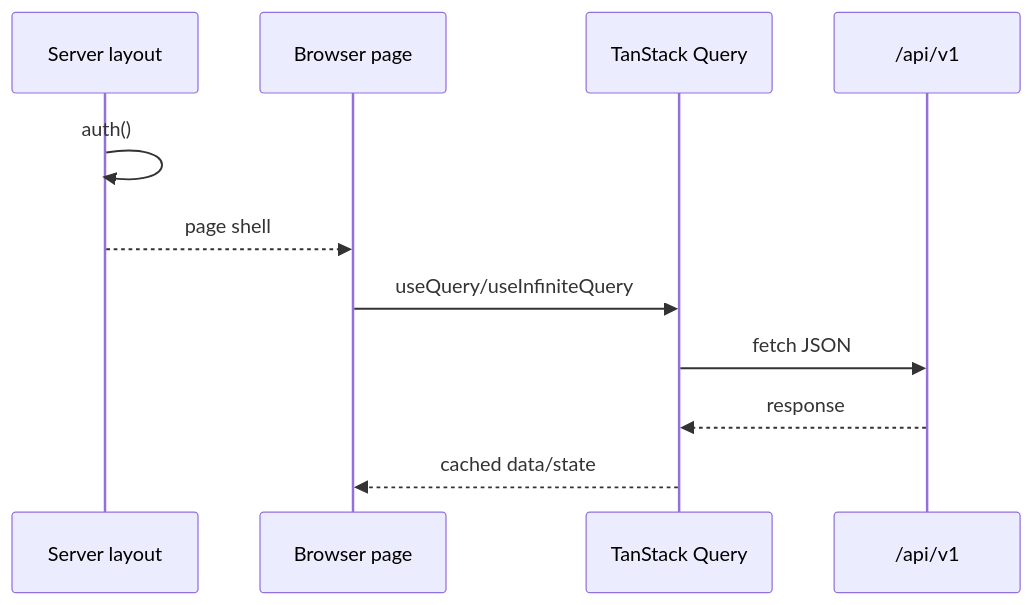
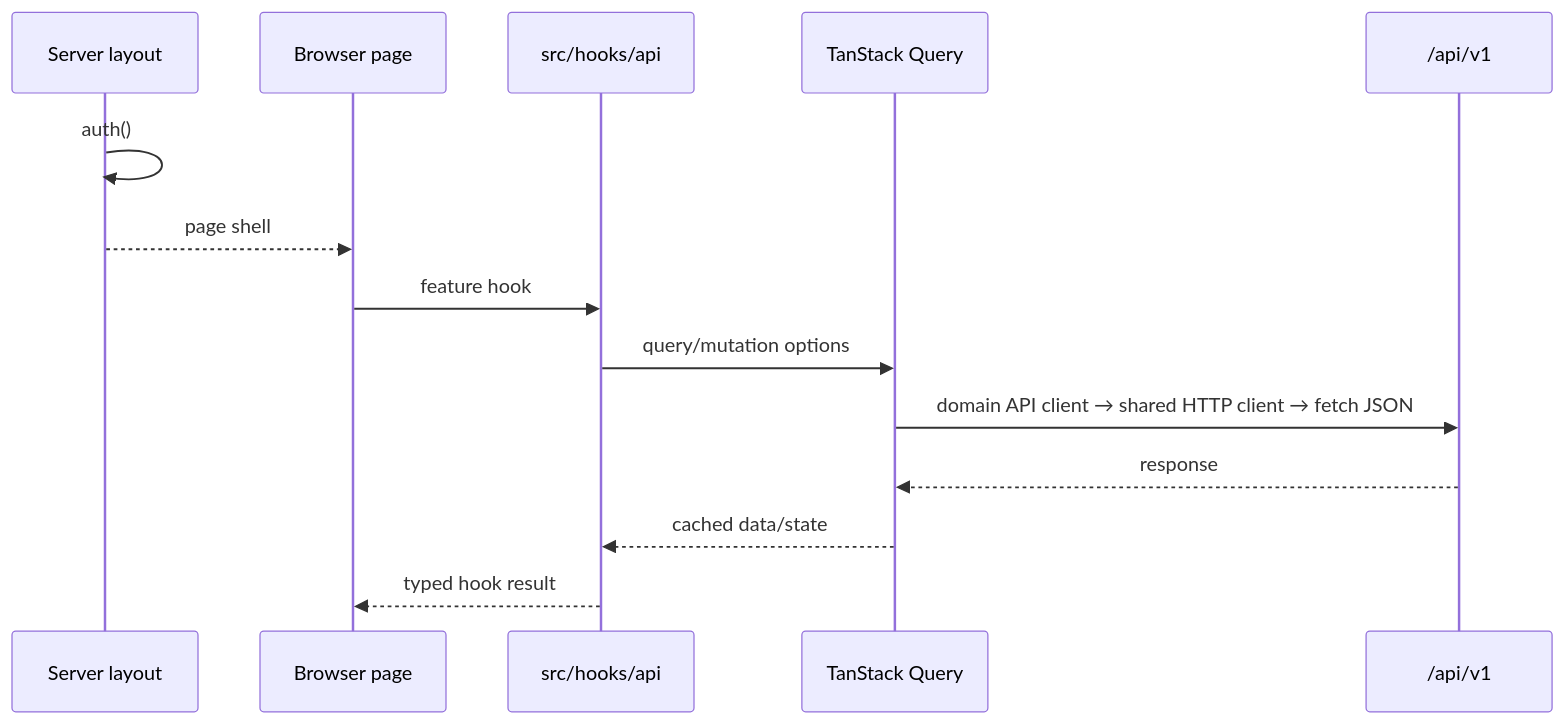
Before and after one commit to b4s1l3k/oh-my-slopwise: the second of 2 diagrams in docs/architecture/04-frontend.md, drawn with Mermaid. The commit also changed other lines of this file and 240 other files, not shown here.

Commit message:
feat: harden architecture for backend migration

````diff
--- a/docs/architecture/04-frontend.md
+++ b/docs/architecture/04-frontend.md
@@ -94,14 +94,17 @@
 ```mermaid
 sequenceDiagram
     participant S as Server layout
     participant B as Browser page
+    participant H as src/hooks/api
     participant Q as TanStack Query
     participant A as /api/v1
 
     S->>S: auth()
     S-->>B: page shell
-    B->>Q: useQuery/useInfiniteQuery
-    Q->>A: fetch JSON
+    B->>H: feature hook
+    H->>Q: query/mutation options
+    Q->>A: domain API client → shared HTTP client → fetch JSON
     A-->>Q: response
-    Q-->>B: cached data/state
+    Q-->>H: cached data/state
+    H-->>B: typed hook result
 ```
````
